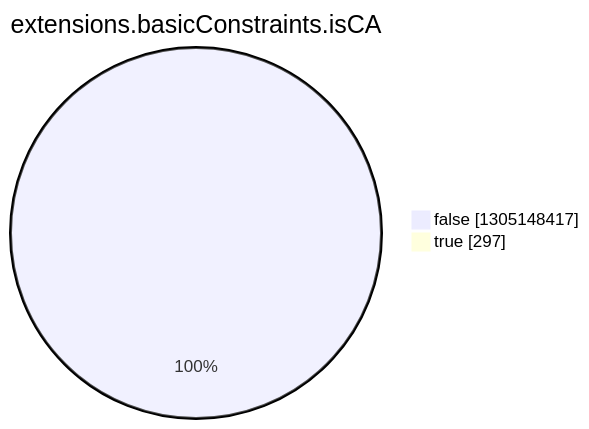
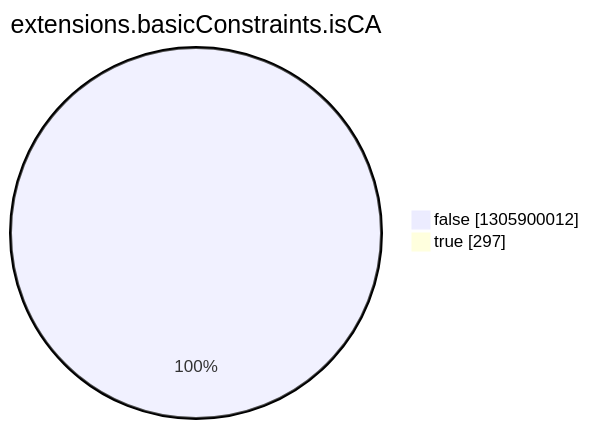
Before and after one commit to christiankrug/ctmonitor_visualization: the eighth of 15 diagrams in argon2022/README.md, drawn with Mermaid. The commit also changed other lines of this file, not shown here.

````diff
--- a/argon2022/README.md
+++ b/argon2022/README.md
@@ -2757,6 +2757,6 @@
 ```mermaid
 pie showData
 title extensions.basicConstraints.isCA
-"false" :1305148417
+"false" :1305900012
 "true" :297
 ```
````
